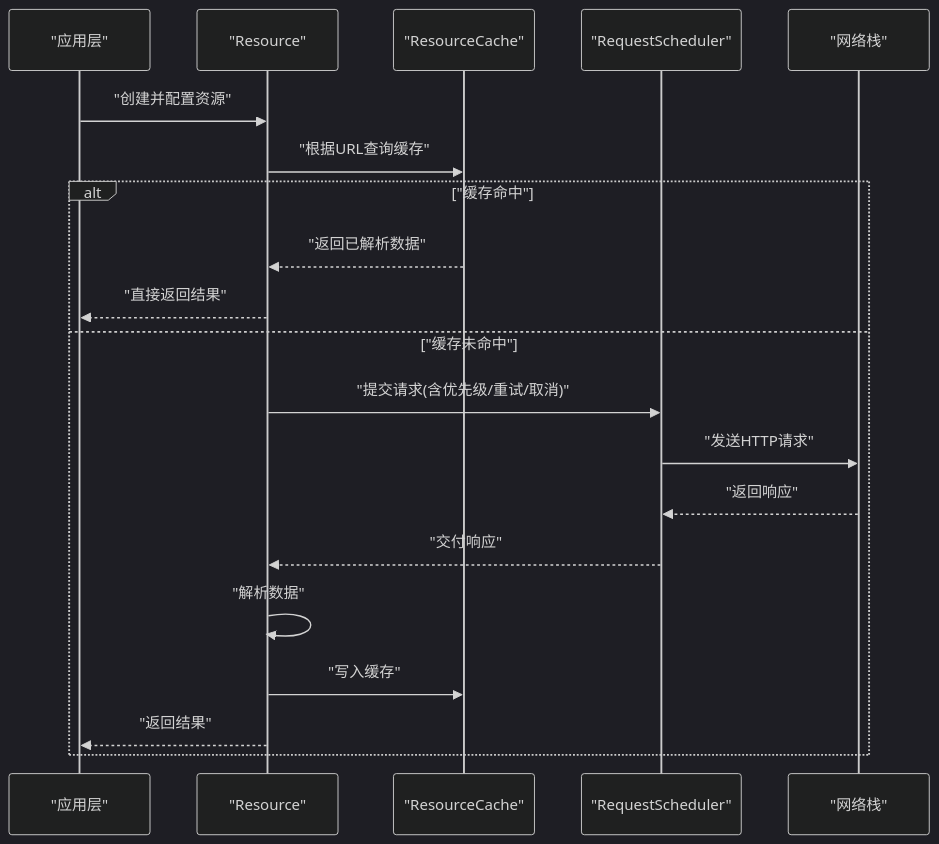
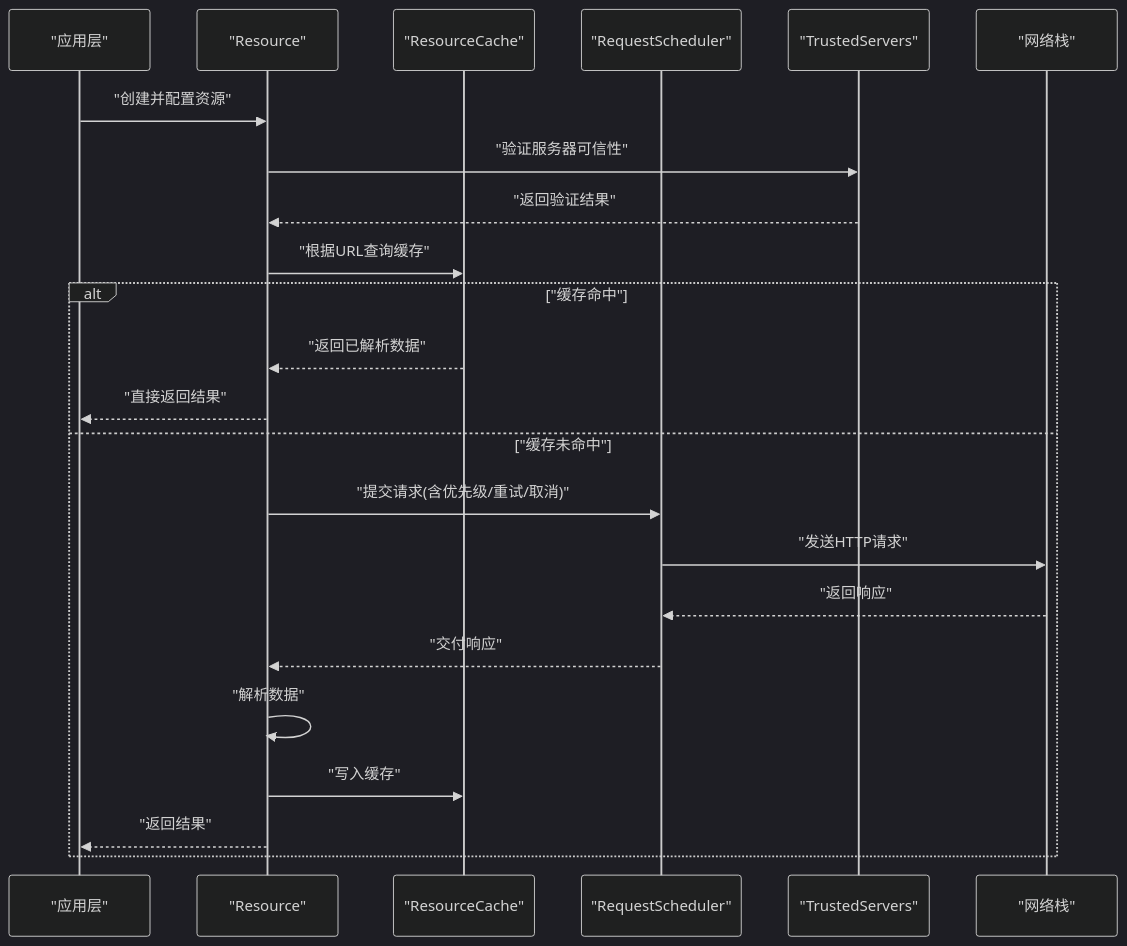
Before and after one commit to rzhangjing/cesium: the second of 7 diagrams in .qoder/repowiki/zh/content/API参考文档/核心API/资源管理API/资源管理API.md, drawn with Mermaid (dark theme). The commit also changed other lines of this file and 32 other files, not shown here.

````diff
--- a/.qoder/repowiki/zh/content/API参考文档/核心API/资源管理API/资源管理API.md
+++ b/.qoder/repowiki/zh/content/API参考文档/核心API/资源管理API/资源管理API.md
@@ -93,22 +96,25 @@
 ```mermaid
 sequenceDiagram
 participant App as "应用层"
 participant Res as "Resource"
 participant Cache as "ResourceCache"
 participant Sched as "RequestScheduler"
+participant Trust as "TrustedServers"
 participant Net as "网络栈"
 App->>Res : "创建并配置资源"
+Res->>Trust : "验证服务器可信性"
+Trust-->>Res : "返回验证结果"
 Res->>Cache : "根据URL查询缓存"
 alt "缓存命中"
 Cache-->>Res : "返回已解析数据"
 Res-->>App : "直接返回结果"
 else "缓存未命中"
 Res->>Sched : "提交请求(含优先级/重试/取消)"
 Sched->>Net : "发送HTTP请求"
 Net-->>Sched : "返回响应"
 Sched-->>Res : "交付响应"
 Res->>Res : "解析数据"
 Res->>Cache : "写入缓存"
 Res-->>App : "返回结果"
 end
 ```
````
